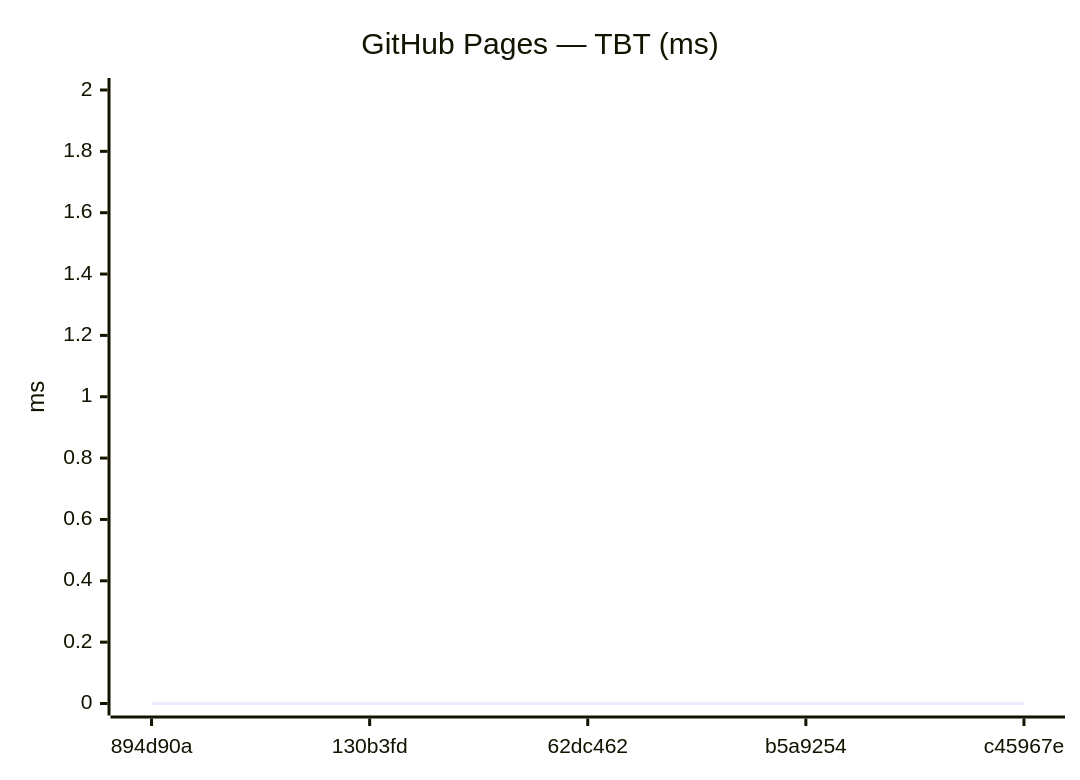
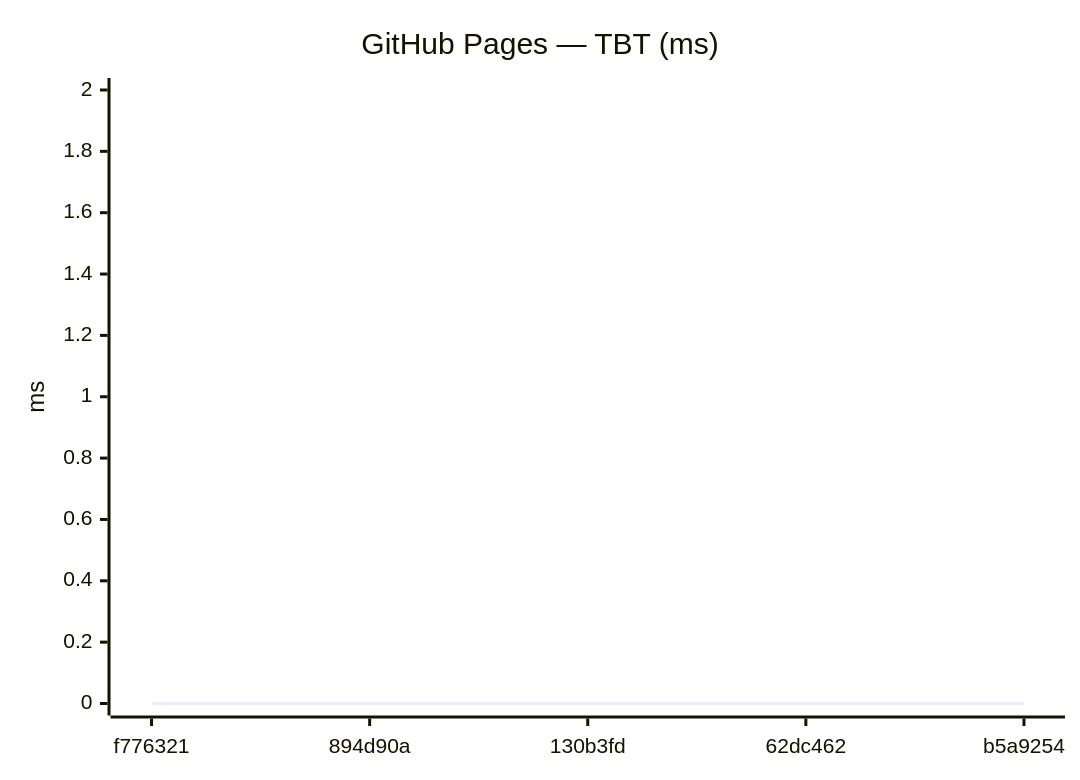
The tenth of 18 diagrams in benchmarks/compare.md (Metaheurist/Rianell), drawn with Mermaid before and after one commit. The commit also changed other lines of this file and 11 other files, not shown here.

````diff
--- a/benchmarks/compare.md
+++ b/benchmarks/compare.md
@@ -149,7 +149,7 @@
 ```mermaid
 xychart-beta
     title "GitHub Pages — TBT (ms)"
-    x-axis ["894d90a", "130b3fd", "62dc462", "b5a9254", "c45967e"]
+    x-axis ["f776321", "894d90a", "130b3fd", "62dc462", "b5a9254"]
     y-axis "ms" 0 --> 2
     line [0, 0, 0, 0, 0]
 ```
````
